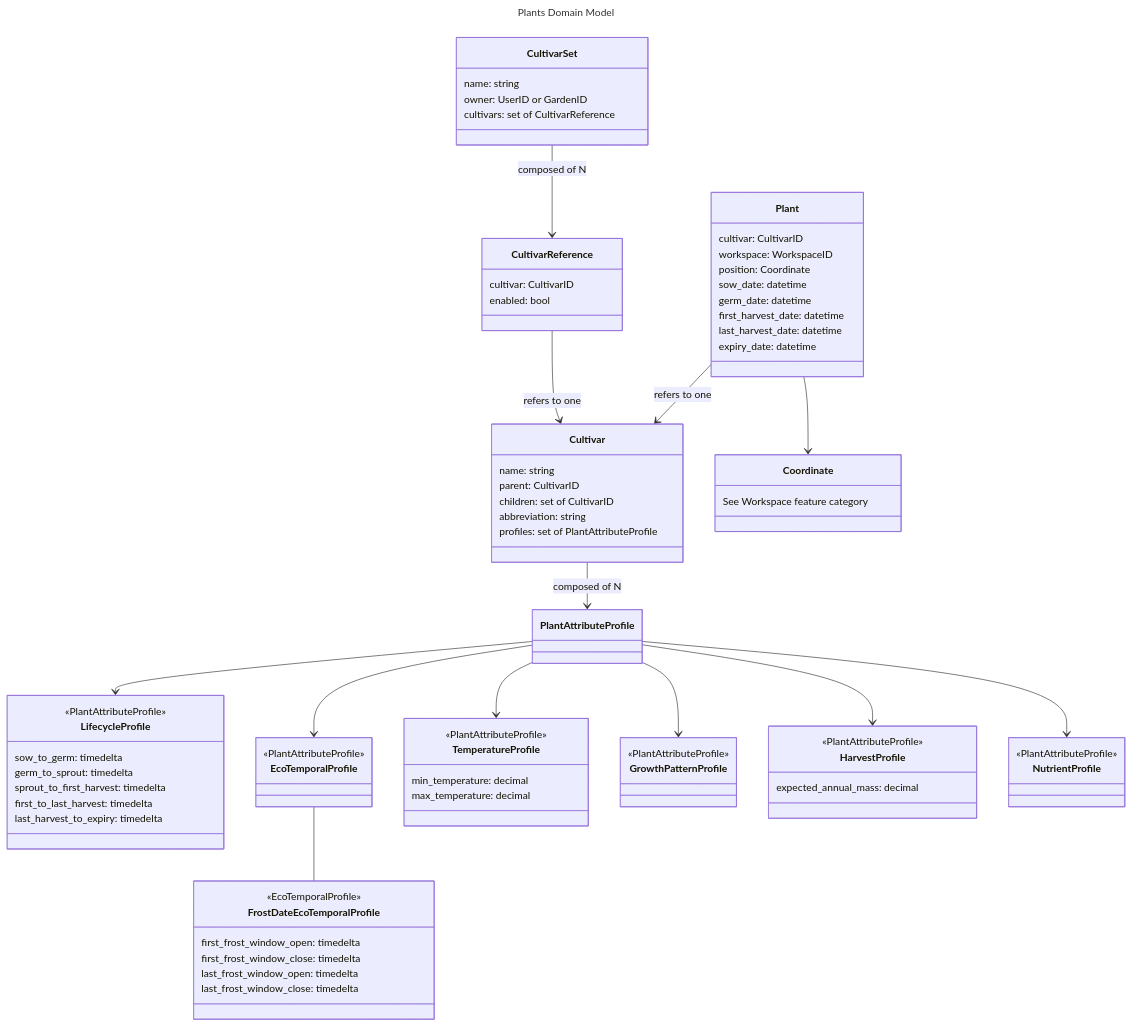
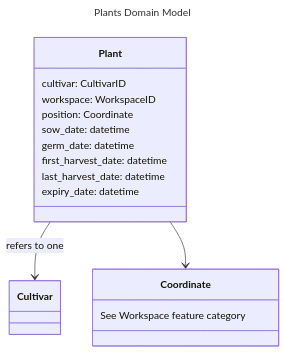
One commit to VerdanTech/Vdt-Webapp changed the diagram in outline/plants/models.md. Above: the diagram before and after it, drawn with Mermaid. The commit also changed 26 other files, not shown here.

```diff
--- a/outline/plants/models.md
+++ b/outline/plants/models.md
@@ -6,73 +6,8 @@
 ---
 classDiagram
 
-    CultivarSet --> CultivarReference : composed of N
-    CultivarReference --> Cultivar : refers to one
-    Cultivar --> PlantAttributeProfile : composed of N
-    PlantAttributeProfile --> LifecycleProfile
-    PlantAttributeProfile --> EcoTemporalProfile
-    EcoTemporalProfile -- FrostDateEcoTemporalProfile
-    PlantAttributeProfile --> TemperatureProfile
-    PlantAttributeProfile --> GrowthPatternProfile
-    PlantAttributeProfile --> HarvestProfile
-    PlantAttributeProfile --> NutrientProfile
     Plant --> Cultivar : refers to one
     Plant --> Coordinate
-
-    class CultivarSet{
-        name: string
-        owner: UserID or GardenID
-        cultivars: set of CultivarReference
-    }
-    class CultivarReference{
-        cultivar: CultivarID
-        enabled: bool
-    }
-    class Cultivar{
-        name: string
-        parent: CultivarID
-        children: set of CultivarID
-        abbreviation: string
-        profiles: set of PlantAttributeProfile
-    }
-    class PlantAttributeProfile{
-
-    }
-    class LifecycleProfile{
-        <<PlantAttributeProfile>>
-        sow_to_germ: timedelta
-        germ_to_sprout: timedelta
-        sprout_to_first_harvest: timedelta
-        first_to_last_harvest: timedelta
-        last_harvest_to_expiry: timedelta
-    }
-    class EcoTemporalProfile{
-        <<PlantAttributeProfile>>
-    }
-    class FrostDateEcoTemporalProfile{
-        <<EcoTemporalProfile>>
-        first_frost_window_open: timedelta
-        first_frost_window_close: timedelta
-        last_frost_window_open: timedelta
-        last_frost_window_close: timedelta
-    }
-    class TemperatureProfile{
-        <<PlantAttributeProfile>>
-        min_temperature: decimal
-        max_temperature: decimal
-    }
-    class GrowthPatternProfile{
-        <<PlantAttributeProfile>>
-    }
-    class HarvestProfile{
-        <<PlantAttributeProfile>>
-        expected_annual_mass: decimal
-
-    }
-    class NutrientProfile{
-        <<PlantAttributeProfile>>
-
-    }
 
     class Plant{
         cultivar: CultivarID
```
